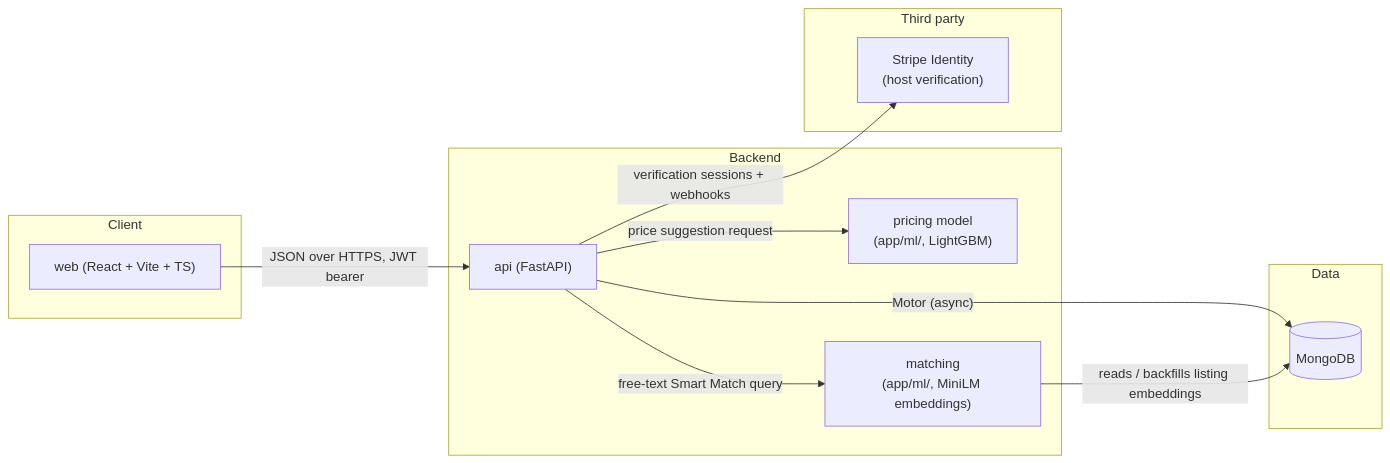
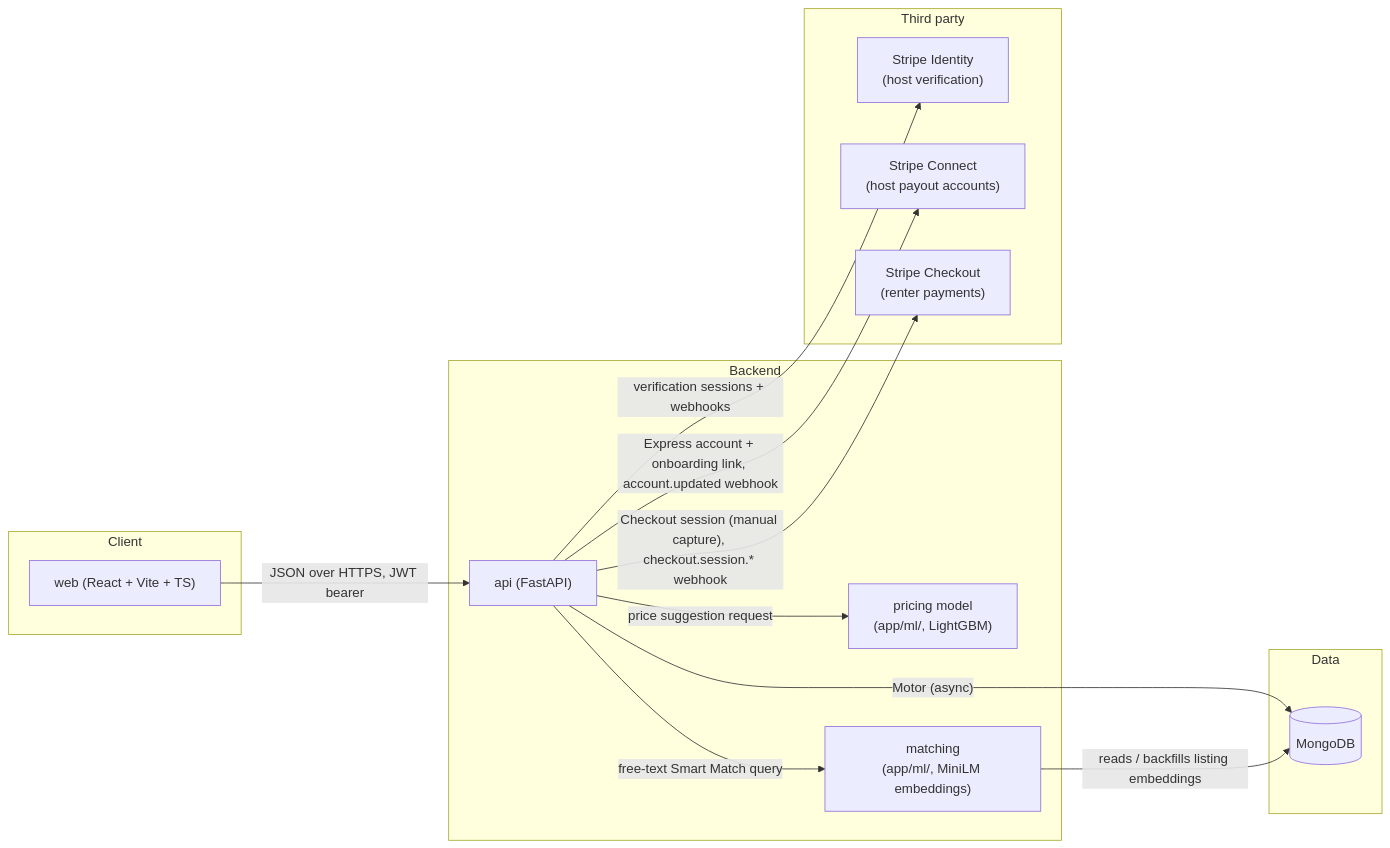
The first of 4 diagrams in docs/DOCUMENTATION.md (iliyanalibhai/spacio), drawn with Mermaid before and after one commit. The commit also changed other lines of this file and 16 other files, not shown here.

First line of the commit message:
add Stripe Connect payout onboarding for hosts (Phase 4, PR-A)

````diff
--- a/docs/DOCUMENTATION.md
+++ b/docs/DOCUMENTATION.md
@@ -19,27 +19,31 @@
 ```mermaid
 flowchart LR
     subgraph Client
         Web["web (React + Vite + TS)"]
     end
 
     subgraph Backend
         API["api (FastAPI)"]
         Pricing["pricing model<br/>(app/ml/, LightGBM)"]
         Matching["matching<br/>(app/ml/, MiniLM embeddings)"]
     end
 
     subgraph Data
         Mongo[(MongoDB)]
     end
 
     subgraph ThirdParty["Third party"]
         Stripe["Stripe Identity<br/>(host verification)"]
+        StripeConnect["Stripe Connect<br/>(host payout accounts)"]
+        StripeCheckout["Stripe Checkout<br/>(renter payments)"]
     end
 
     Web -- "JSON over HTTPS, JWT bearer" --> API
     API -- "Motor (async)" --> Mongo
     API -- "verification sessions + webhooks" --> Stripe
+    API -- "Express account + onboarding link, account.updated webhook" --> StripeConnect
+    API -- "Checkout session (manual capture), checkout.session.* webhook" --> StripeCheckout
     API -- "price suggestion request" --> Pricing
     API -- "free-text Smart Match query" --> Matching
     Matching -- "reads / backfills listing embeddings" --> Mongo
 ```
````
